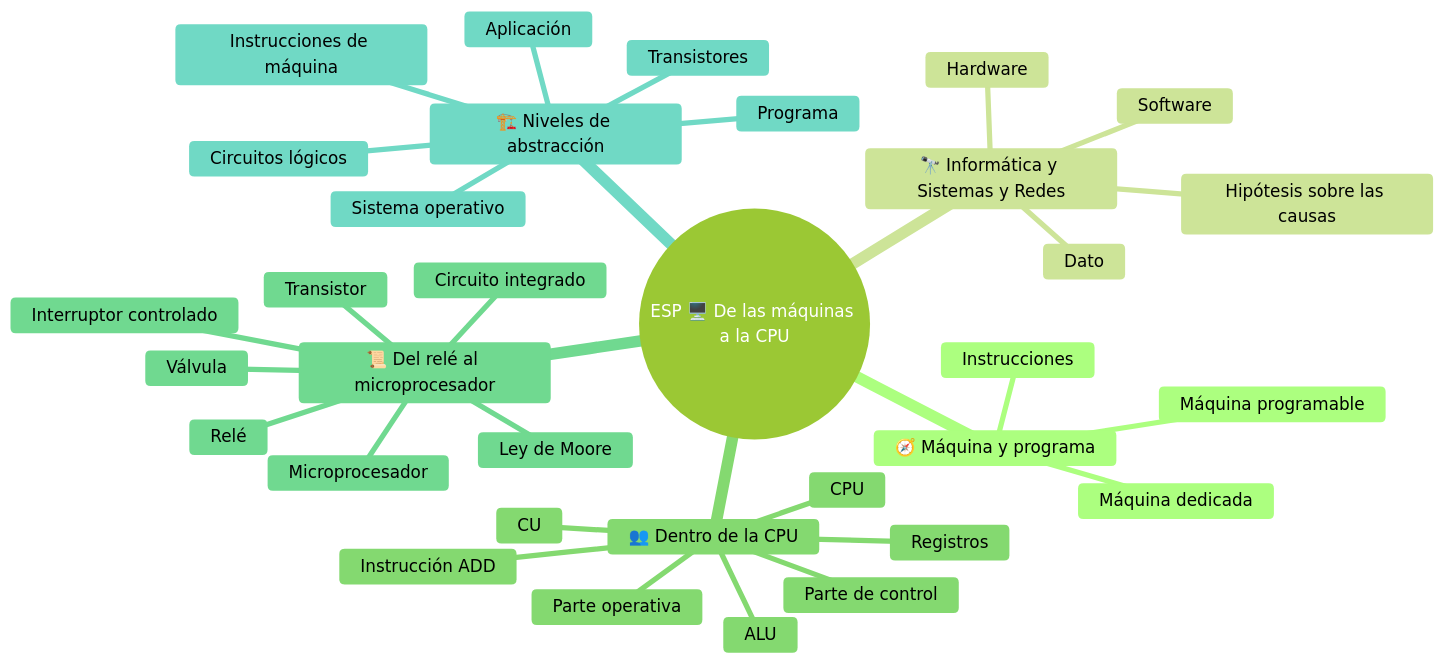
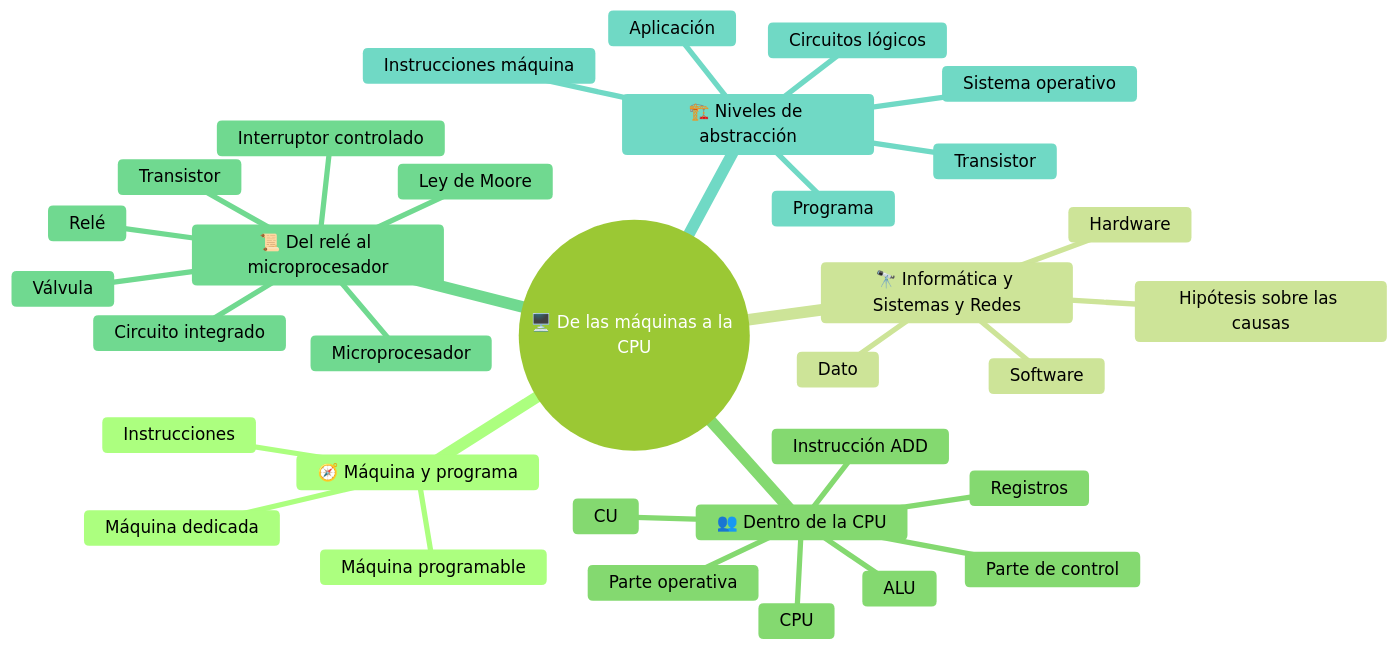
Before and after one commit to Neeqstock/dispense-caramuel: the diagram in 3EI - Sistemi e Reti/1 SETT-OTT (esp)/Allegati/esp-3ei-sett-ott-s1-de-las-maquinas-a-la-cpu-mappa-1.mmd, drawn with Mermaid (forest theme). The commit also changed 26 other files, not shown here.

```diff
--- a/3EI - Sistemi e Reti/1 SETT-OTT (esp)/Allegati/esp-3ei-sett-ott-s1-de-las-maquinas-a-la-cpu-mappa-1.mmd
+++ b/3EI - Sistemi e Reti/1 SETT-OTT (esp)/Allegati/esp-3ei-sett-ott-s1-de-las-maquinas-a-la-cpu-mappa-1.mmd
@@ -1,38 +1,38 @@
 ---
 config:
   layout: tidy-tree
 ---
 mindmap
-  root((ESP 🖥️ De las máquinas a la CPU))
+  root((🖥️ De las máquinas a la CPU))
     🧭 Máquina y programa
       Máquina dedicada
       Máquina programable
       Instrucciones
     🔭 Informática y Sistemas y Redes
       Hardware
       Software
       Dato
       Hipótesis sobre las causas
     👥 Dentro de la CPU
       CPU
       Registros
       ALU
       CU
       Parte operativa
       Parte de control
       Instrucción ADD
     📜 Del relé al microprocesador
       Interruptor controlado
       Relé
       Válvula
       Transistor
       Circuito integrado
       Microprocesador
       Ley de Moore
     🏗️ Niveles de abstracción
       Aplicación
       Programa
       Sistema operativo
-      Instrucciones de máquina
+      Instrucciones máquina
       Circuitos lógicos
-      Transistores
+      Transistor
```
